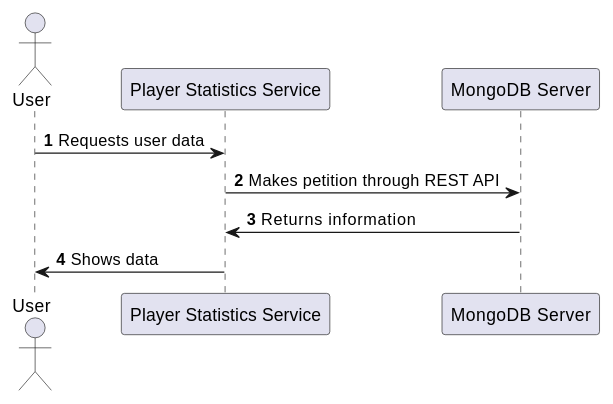
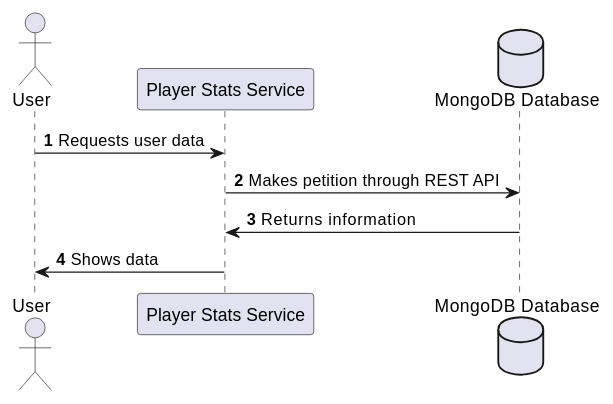
Before and after one commit to Arquisoft/wiq_es6c: the third of 4 diagrams in docs/src/06_runtime_view.adoc, drawn with PlantUML. The commit also changed other lines of this file and 2 other files, not shown here.

Commit message:
Update graphs

```diff
--- a/docs/src/06_runtime_view.adoc
+++ b/docs/src/06_runtime_view.adoc
@@ -75,11 +83,14 @@
 [plantuml,"Consult Statistics",png]
 ----
 autonumber
 
 actor "User" as user
 
-user -> "Player Statistics Service" : Requests user data
-"Player Statistics Service" -> "MongoDB Server" : Makes petition through REST API
-"MongoDB Server" -> "Player Statistics Service" : Returns information
-"Player Statistics Service" -> user : Shows data
+user -> "Player Stats Service" : Requests user data
+
+database "MongoDB Database" as db
+
+"Player Stats Service" -> db : Makes petition through REST API
+db -> "Player Stats Service" : Returns information
+"Player Stats Service" -> user : Shows data
 ----
```
